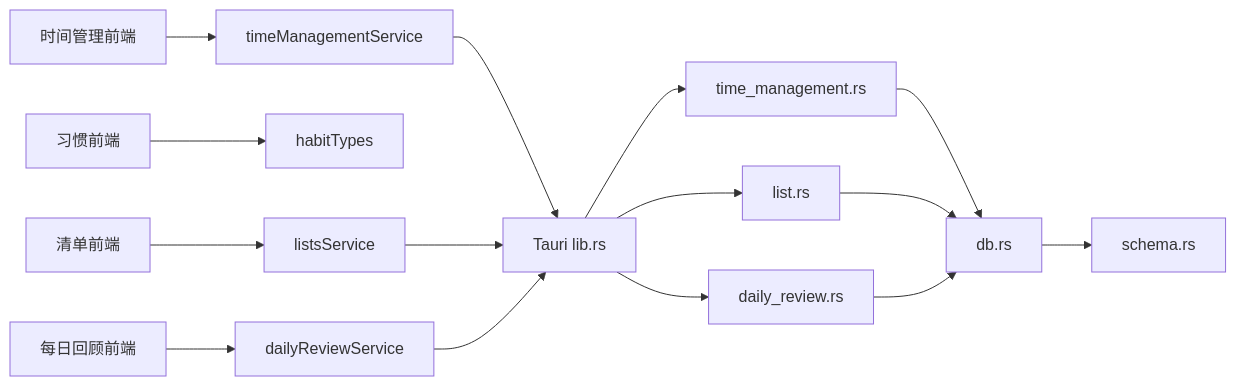
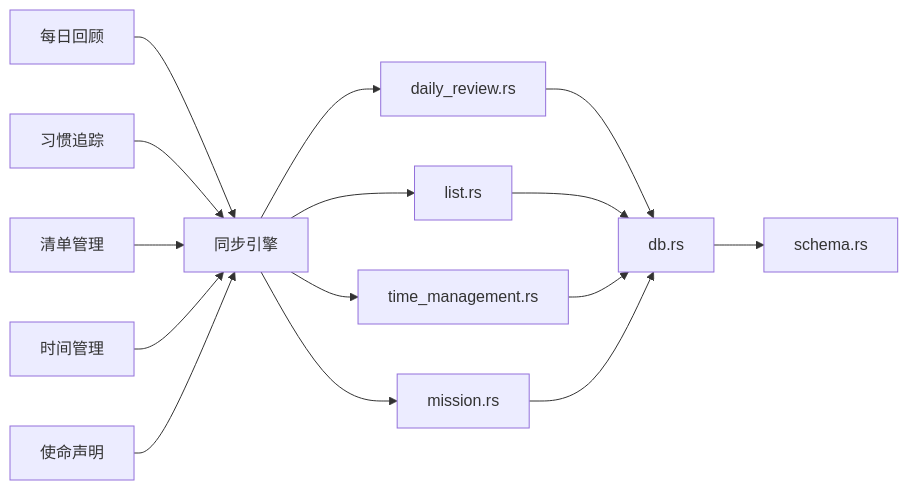
The ninth of 9 diagrams in .qoder/repowiki/zh/content/核心功能模块/核心功能模块.md (gzdxhujiale/FishWorker), drawn with Mermaid before and after one commit. The commit also changed other lines of this file and 238 other files, not shown here.

````diff
--- a/.qoder/repowiki/zh/content/核心功能模块/核心功能模块.md
+++ b/.qoder/repowiki/zh/content/核心功能模块/核心功能模块.md
@@ -575,17 +502,17 @@
 ```mermaid
 graph LR
-TMF["时间管理前端"] --> TMS["timeManagementService"]
-HABF["习惯前端"] --> HABT["habitTypes"]
-LSTF["清单前端"] --> LSTS["listsService"]
-DRF["每日回顾前端"] --> DRS["dailyReviewService"]
-TMS --> LIB["Tauri lib.rs"]
-LSTS --> LIB
-DRS --> LIB
-LIB --> TMRS["time_management.rs"]
-LIB --> LSTRS["list.rs"]
-LIB --> DRRS["daily_review.rs"]
-TMRS --> DB["db.rs"]
-LSTRS --> DB
-DRRS --> DB
+DR["每日回顾"] --> SYNC["同步引擎"]
+HAB["习惯追踪"] --> SYNC
+LST["清单管理"] --> SYNC
+TM["时间管理"] --> SYNC
+MIS["使命声明"] --> SYNC
+SYNC --> API_DR["daily_review.rs"]
+SYNC --> API_LST["list.rs"]
+SYNC --> API_TM["time_management.rs"]
+SYNC --> API_MIS["mission.rs"]
+API_DR --> DB["db.rs"]
+API_LST --> DB
+API_TM --> DB
+API_MIS --> DB
 DB --> SCHEMA["schema.rs"]
 ```
````
